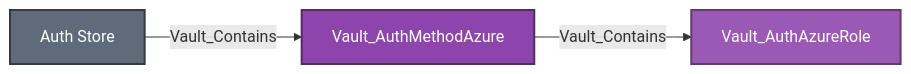
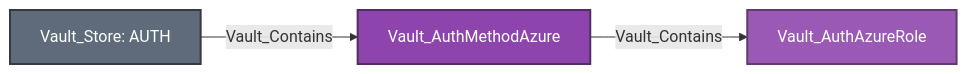
Before and after one commit to bytewreck/opengraph-vault: the ninth of 28 diagrams in Documentation/stores/AUTH.md, drawn with Mermaid. The commit also changed other lines of this file, not shown here.

````diff
--- a/Documentation/stores/AUTH.md
+++ b/Documentation/stores/AUTH.md
@@ -429,9 +429,9 @@
 ```mermaid
 flowchart LR
-    store[Auth Store]:::storeNode -->|Vault_Contains| method[Vault_AuthMethodAzure]:::authMethodNode
+    store[Vault_Store: AUTH]:::storeNode -->|Vault_Contains| method[Vault_AuthMethodAzure]:::authMethodNode
     method -->|Vault_Contains| role[Vault_AuthAzureRole]:::authRoleNode
 
     classDef storeNode fill:#5F6B7A,color:#fff,stroke:#343A40,stroke-width:2px
     classDef authMethodNode fill:#8E44AD,color:#fff,stroke:#512E5F,stroke-width:2px
     classDef authRoleNode fill:#9B59B6,color:#fff,stroke:#633974,stroke-width:2px
 ```
````
